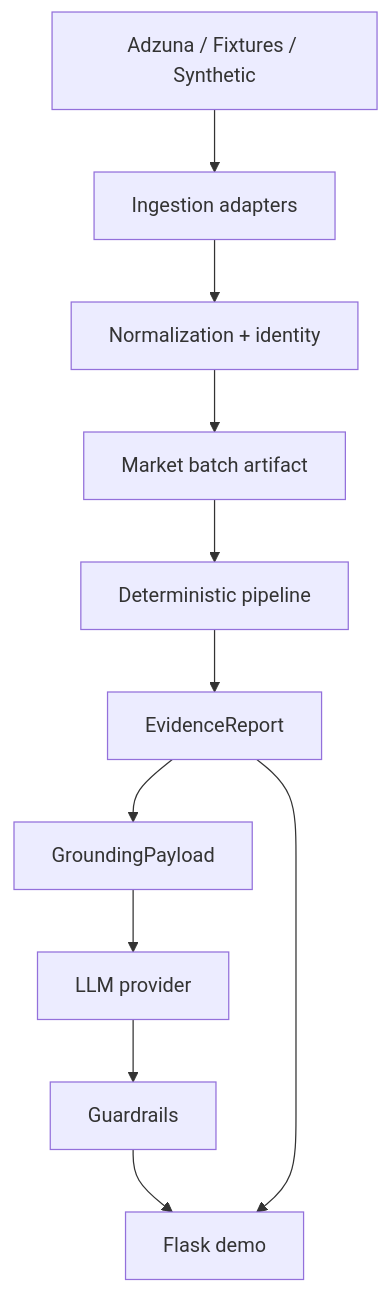
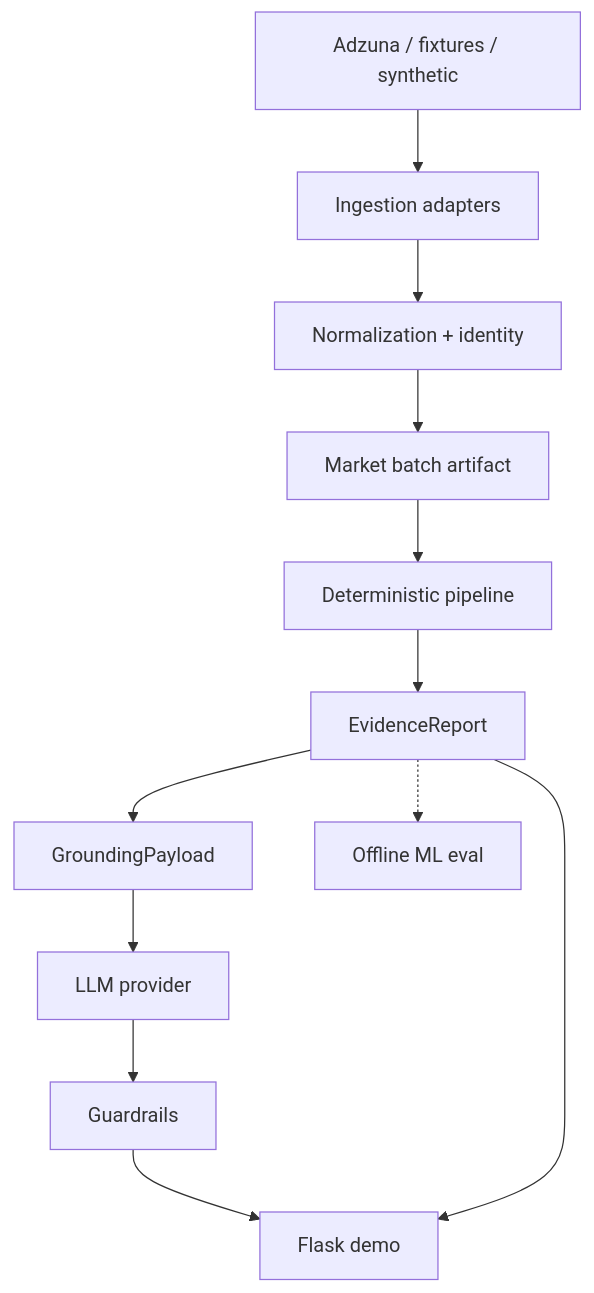
One commit to AgusDelgado98/Tekmerion changed the diagram in README.md. Above: the diagram before and after it, drawn with Mermaid. The commit also changed other lines of this file and 62 other files, not shown here.

````diff
--- a/README.md
+++ b/README.md
@@ -54,13 +57,14 @@
 ```mermaid
 flowchart TD
-  A[Adzuna / Fixtures / Synthetic] --> B[Ingestion adapters]
+  A[Adzuna / fixtures / synthetic] --> B[Ingestion adapters]
   B --> C[Normalization + identity]
   C --> D[Market batch artifact]
   D --> E[Deterministic pipeline]
   E --> F[EvidenceReport]
   F --> G[GroundingPayload]
   G --> H[LLM provider]
   H --> I[Guardrails]
   I --> J[Flask demo]
   F --> J
+  F -.-> K[Offline ML eval]
 ```
````
